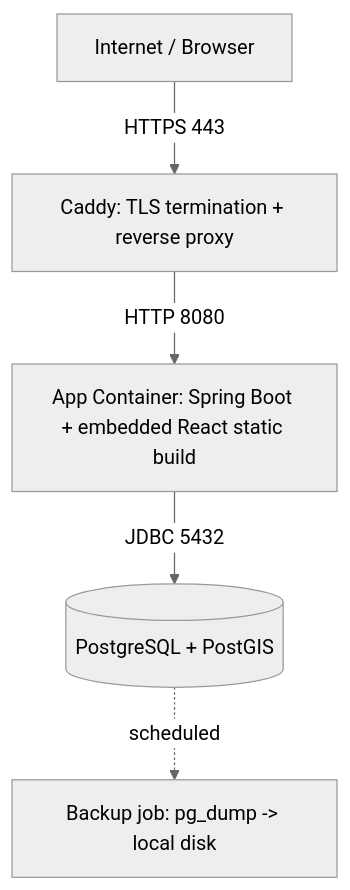
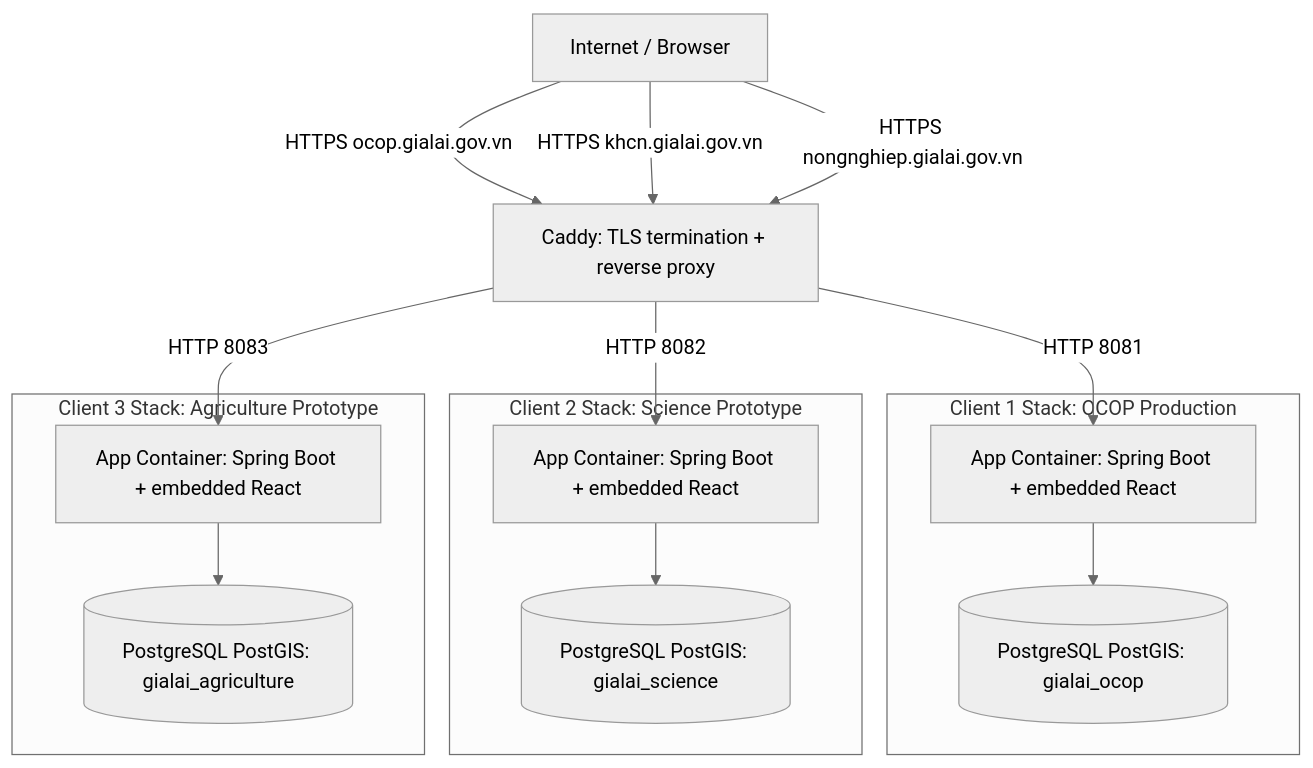
Before and after one commit to GMIOS25/WEB-GIS-TEMPLATE: the diagram in docs/en/DEPLOYMENT & FLEET STRATEGY.md, drawn with Mermaid (neutral theme). The commit also changed other lines of this file and 8 other files, not shown here.

````diff
--- a/docs/en/DEPLOYMENT & FLEET STRATEGY.md
+++ b/docs/en/DEPLOYMENT & FLEET STRATEGY.md
@@ -23,13 +23,29 @@
 ```mermaid
 graph TD
     Internet[Internet / Browser]
     Proxy[Caddy: TLS termination + reverse proxy]
-    App[App Container: Spring Boot + embedded React static build]
-    DB[(PostgreSQL + PostGIS)]
-    Backup[Backup job: pg_dump -> local disk]
+    subgraph Client1Stack [Client 1 Stack: OCOP Production]
+        AppOcop[App Container: Spring Boot + embedded React]
+        DBOcop[(PostgreSQL PostGIS: gialai_ocop)]
+    end
+    subgraph Client2Stack [Client 2 Stack: Science Prototype]
+        AppSci[App Container: Spring Boot + embedded React]
+        DBSci[(PostgreSQL PostGIS: gialai_science)]
+    end
+    subgraph Client3Stack [Client 3 Stack: Agriculture Prototype]
+        AppAgri[App Container: Spring Boot + embedded React]
+        DBAgri[(PostgreSQL PostGIS: gialai_agriculture)]
+    end
 
-    Internet -->|HTTPS 443| Proxy
-    Proxy -->|HTTP 8080| App
-    App -->|JDBC 5432| DB
-    DB -.->|scheduled| Backup
+    Internet -->|HTTPS ocop.gialai.gov.vn| Proxy
+    Internet -->|HTTPS khcn.gialai.gov.vn| Proxy
+    Internet -->|HTTPS nongnghiep.gialai.gov.vn| Proxy
+
+    Proxy -->|HTTP 8081| AppOcop
+    Proxy -->|HTTP 8082| AppSci
+    Proxy -->|HTTP 8083| AppAgri
+
+    AppOcop --> DBOcop
+    AppSci --> DBSci
+    AppAgri --> DBAgri
 ```
````
